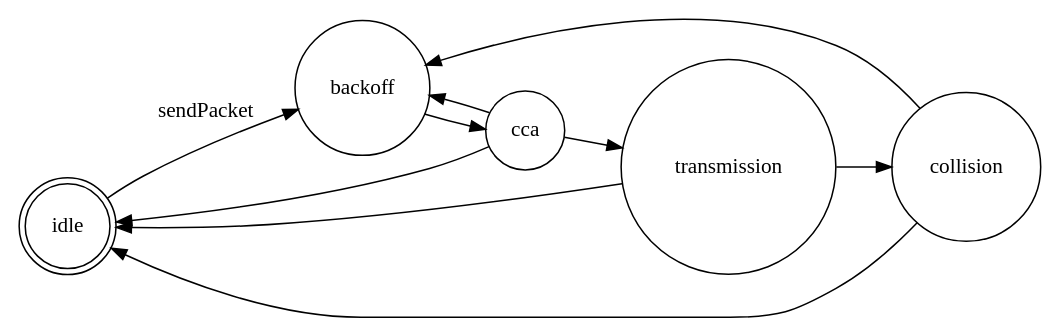
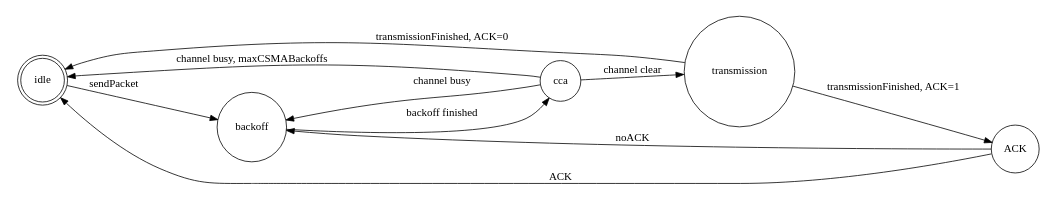
One commit to malte-christian/IEEE-802.15.4-Model changed the diagram in Interference/doc/NodeFiniteState.gv. Above: the diagram before and after it, drawn with Graphviz.

Commit message:
updated finite state model

```diff
--- a/Interference/doc/NodeFiniteState.gv
+++ b/Interference/doc/NodeFiniteState.gv
@@ -1,15 +1,15 @@
 digraph node_finite_state_machine {
 	rankdir=LR;
 	size="8,5"
 	node [shape = doublecircle]; idle;
 	node [shape = circle];
 	idle -> backoff [ label = "sendPacket" ];
-	backoff -> cca [ label = "" ];
-	cca -> idle [ label = "" ];
-	cca -> backoff [ label = "" ];
-	cca -> transmission [ label = "" ];
-	transmission -> idle [ label = "" ];
-	transmission -> collision [ label = "" ];
-	collision -> backoff [ label = "" ];
-	collision -> idle [ label = "" ];
+	backoff -> cca [ label = "backoff finished" ];
+	cca -> idle [ label = "channel busy, maxCSMABackoffs" ];
+	cca -> backoff [ label = "channel busy" ];
+	cca -> transmission [ label = "channel clear" ];
+	transmission -> idle [ label = "transmissionFinished, ACK=0" ];
+	transmission -> ACK [ label = "transmissionFinished, ACK=1" ];
+	ACK -> backoff [ label = "noACK" ];
+	ACK -> idle [ label = "ACK" ];
 }
```
